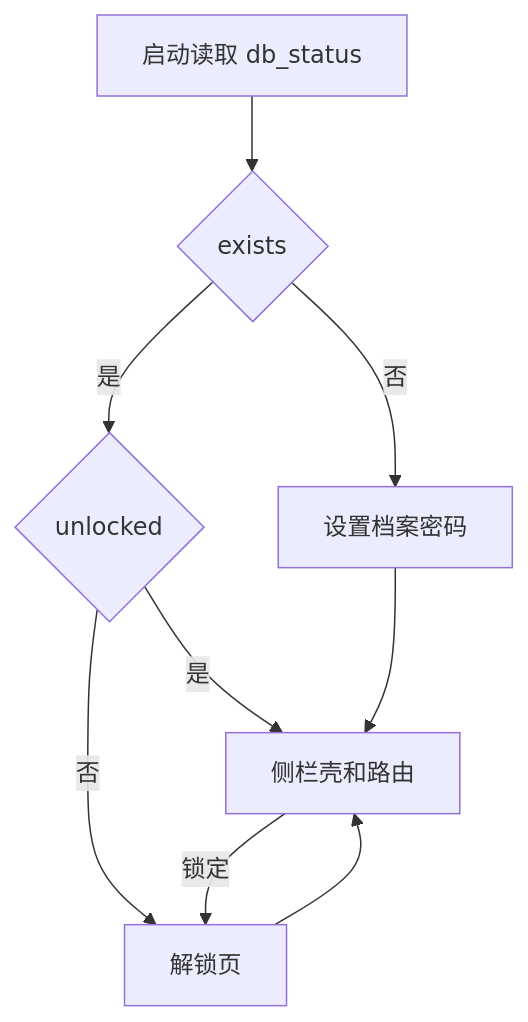
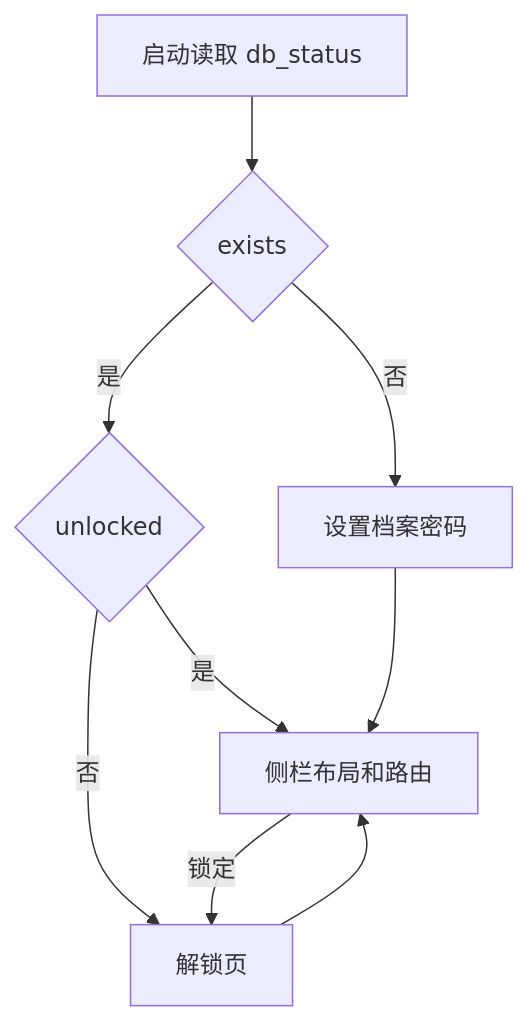
The first of 2 diagrams in docs/frontend.md (viclilei1921/precession), drawn with Mermaid before and after one commit. The commit also changed other lines of this file and 17 other files, not shown here.

````diff
--- a/docs/frontend.md
+++ b/docs/frontend.md
@@ -43,12 +43,12 @@
 ```mermaid
 flowchart TD
   boot[启动读取 db_status]
   boot --> missing{exists}
   missing -->|否| create[设置档案密码]
   missing -->|是| locked{unlocked}
   locked -->|否| unlock[解锁页]
-  locked -->|是| shell[侧栏壳和路由]
-  create --> shell
-  unlock --> shell
-  shell -->|锁定| unlock
+  locked -->|是| layout[侧栏布局和路由]
+  create --> layout
+  unlock --> layout
+  layout -->|锁定| unlock
 ```
````
